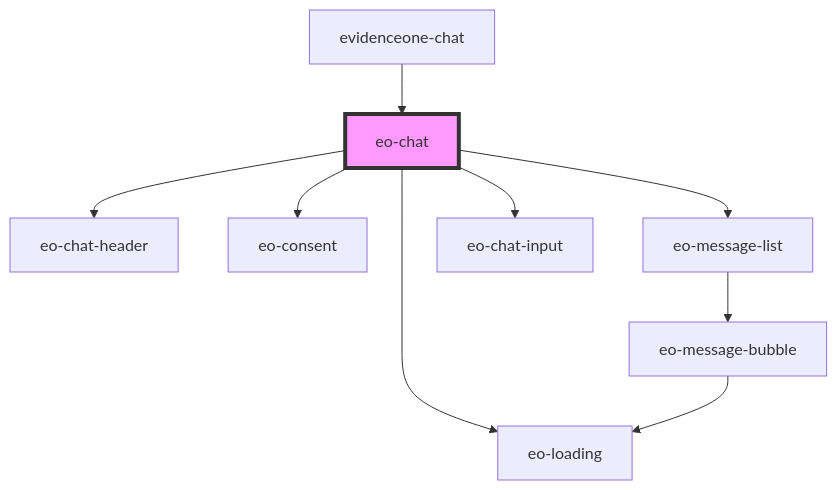
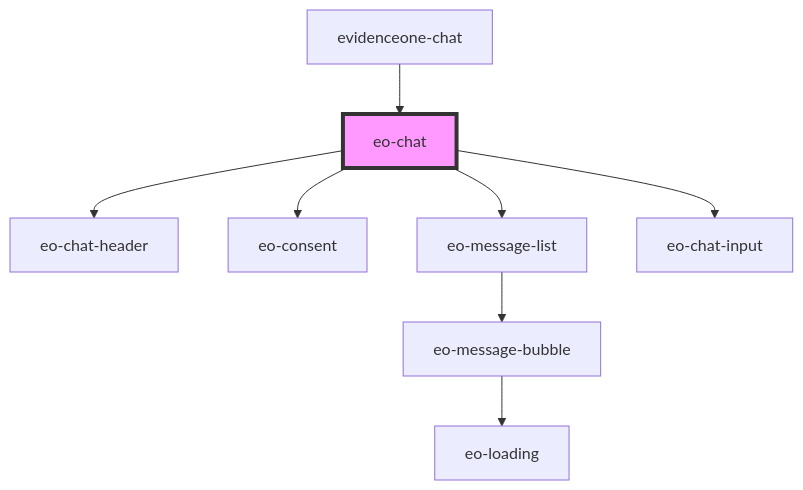
The diagram in src/components/eo-chat/readme.md (EvidenceOne/evidenceone-chat-widget), drawn with Mermaid before and after one commit. The commit also changed other lines of this file and 17 other files, not shown here.

````diff
--- a/src/components/eo-chat/readme.md
+++ b/src/components/eo-chat/readme.md
@@ -46,12 +45,11 @@
 ```mermaid
 graph TD;
   eo-chat --> eo-chat-header
-  eo-chat --> eo-loading
   eo-chat --> eo-consent
   eo-chat --> eo-message-list
   eo-chat --> eo-chat-input
   eo-message-list --> eo-message-bubble
   eo-message-bubble --> eo-loading
   evidenceone-chat --> eo-chat
   style eo-chat fill:#f9f,stroke:#333,stroke-width:4px
 ```
````
